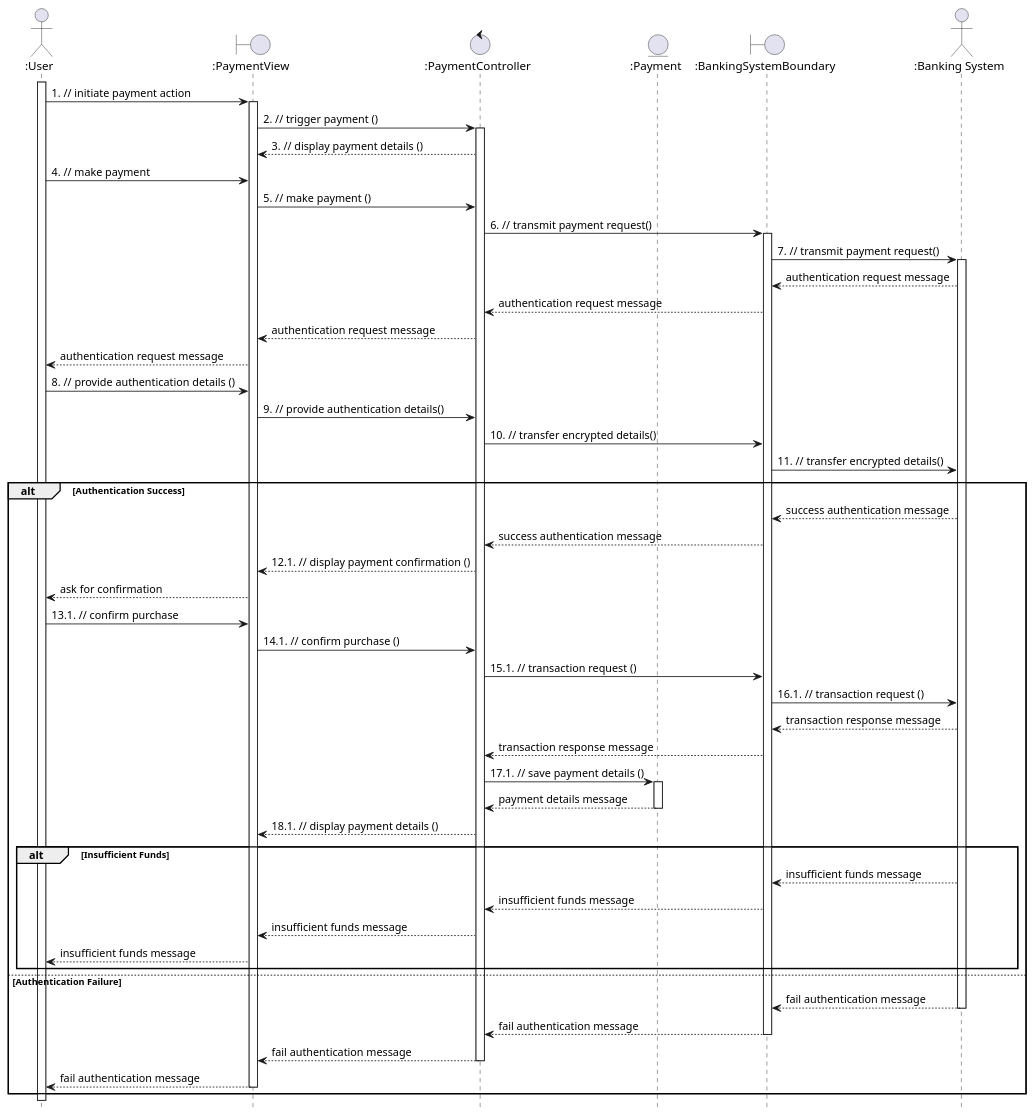
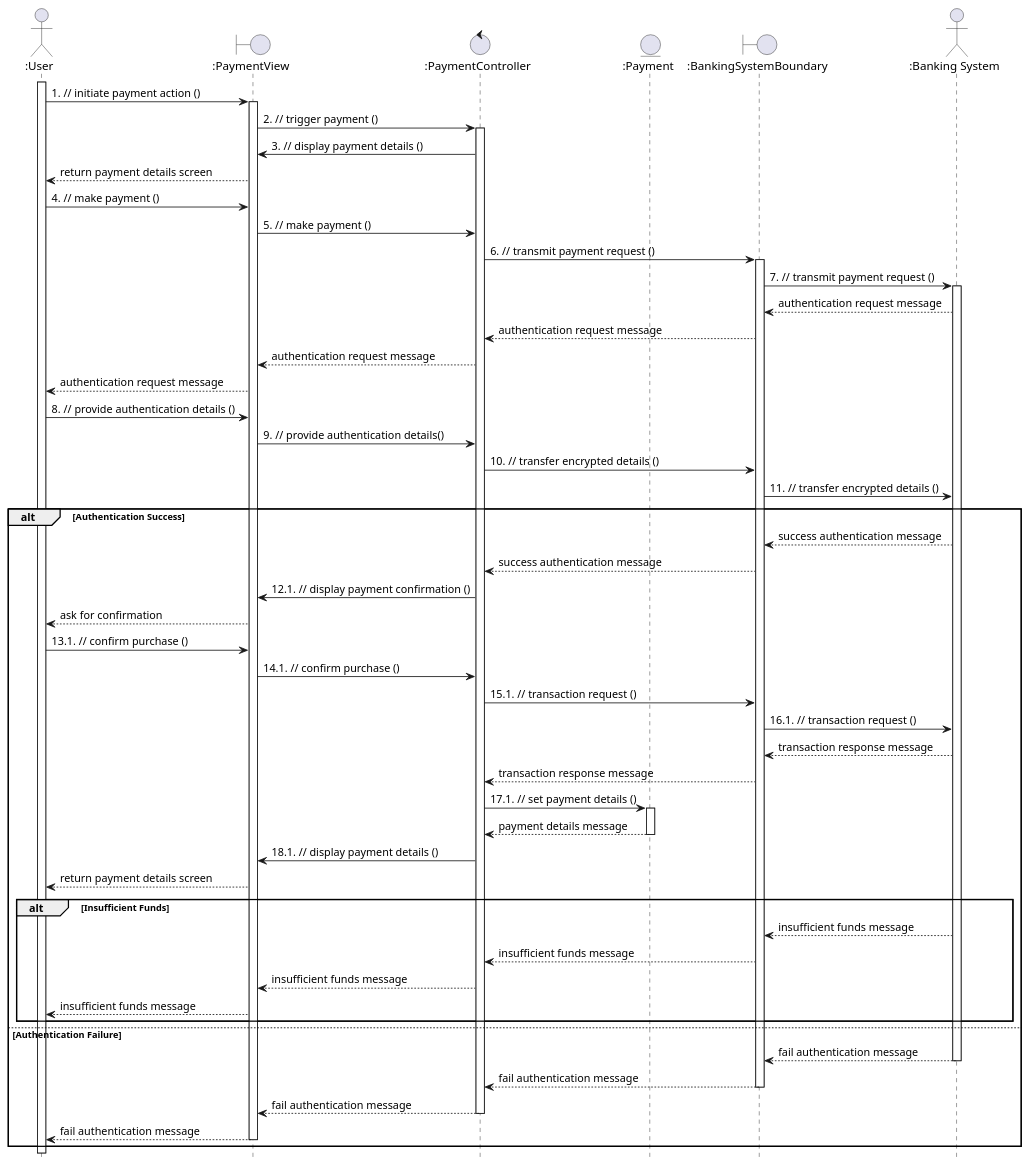
The diagram in uml/design/sequence/linh/make_payment.pu (anhbanlinhle/velocity-exchange), drawn with PlantUML before and after one commit. The commit also changed 5 other files, not shown here.

Commit message:
doc[lynn]: base design sequences from analysis

```diff
--- a/uml/design/sequence/linh/make_payment.pu
+++ b/uml/design/sequence/linh/make_payment.pu
@@ -1,90 +1,92 @@
 @startuml UC_8
 hide footbox
 
 actor ":User" as User
 boundary ":PaymentView" as PaymentView
 control ":PaymentController" as PaymentController
 entity ":Payment" as Payment
 boundary  ":BankingSystemBoundary" as BankingSystemBoundary
 actor ":Banking System" as BankingSystem
 
 User ++
-  User -> PaymentView: 1. // initiate payment action
+  User -> PaymentView: 1. // initiate payment action ()
   PaymentView ++
     PaymentView -> PaymentController: 2. // trigger payment ()
     PaymentController ++
-      PaymentController --> PaymentView: 3. // display payment details ()
+      PaymentController -> PaymentView: 3. // display payment details ()
+      PaymentView --> User: return payment details screen
 
   
-  User -> PaymentView: 4. // make payment
+  User -> PaymentView: 4. // make payment ()
     PaymentView -> PaymentController: 5. // make payment ()
-      PaymentController ->  BankingSystemBoundary: 6. // transmit payment request()
+      PaymentController ->  BankingSystemBoundary: 6. // transmit payment request ()
       BankingSystemBoundary ++
-         BankingSystemBoundary -> BankingSystem: 7. // transmit payment request()
+         BankingSystemBoundary -> BankingSystem: 7. // transmit payment request ()
         BankingSystem ++
           BankingSystem -->  BankingSystemBoundary: authentication request message
 
         BankingSystemBoundary --> PaymentController: authentication request message
       PaymentController --> PaymentView: authentication request message
     PaymentView --> User: authentication request message
   User -> PaymentView: 8. // provide authentication details ()
     PaymentView -> PaymentController: 9. // provide authentication details()
-      PaymentController ->  BankingSystemBoundary: 10. // transfer encrypted details()
-         BankingSystemBoundary -> BankingSystem: 11. // transfer encrypted details()
+      PaymentController ->  BankingSystemBoundary: 10. // transfer encrypted details ()
+         BankingSystemBoundary -> BankingSystem: 11. // transfer encrypted details ()
 
 alt Authentication Success
     BankingSystem -->  BankingSystemBoundary: success authentication message
     
       BankingSystemBoundary --> PaymentController: success authentication message
       
-        PaymentController --> PaymentView: 12.1. // display payment confirmation ()
+        PaymentController -> PaymentView: 12.1. // display payment confirmation ()
         
           PaymentView --> User: ask for confirmation
 
 
-        User -> PaymentView: 13.1. // confirm purchase
+        User -> PaymentView: 13.1. // confirm purchase ()
         
           PaymentView -> PaymentController: 14.1. // confirm purchase ()
           
             PaymentController ->  BankingSystemBoundary: 15.1. // transaction request ()
             
               BankingSystemBoundary -> BankingSystem: 16.1. // transaction request ()
               
                 BankingSystem -->  BankingSystemBoundary: transaction response message
                 
               BankingSystemBoundary --> PaymentController: transaction response message
               
-            PaymentController -> Payment: 17.1. // save payment details ()
+            PaymentController -> Payment: 17.1. // set payment details ()
             
             Payment ++
               Payment --> PaymentController: payment details message
               
             Payment --
-            PaymentController --> PaymentView: 18.1. // display payment details ()
+            PaymentController -> PaymentView: 18.1. // display payment details ()
+            PaymentView --> User: return payment details screen
           
 
     alt Insufficient Funds
       BankingSystem -->  BankingSystemBoundary: insufficient funds message
       
         BankingSystemBoundary --> PaymentController: insufficient funds message
         
           PaymentController --> PaymentView: insufficient funds message
           
             PaymentView --> User: insufficient funds message
             
     end
 
 else Authentication Failure
   BankingSystem -->  BankingSystemBoundary: fail authentication message
       BankingSystem --
       BankingSystemBoundary --> PaymentController: fail authentication message
       BankingSystemBoundary --
         PaymentController --> PaymentView: fail authentication message
         PaymentController --
           PaymentView --> User: fail authentication message
           
         deactivate PaymentView
       deactivate PaymentController
 end
 
 @enduml
```
